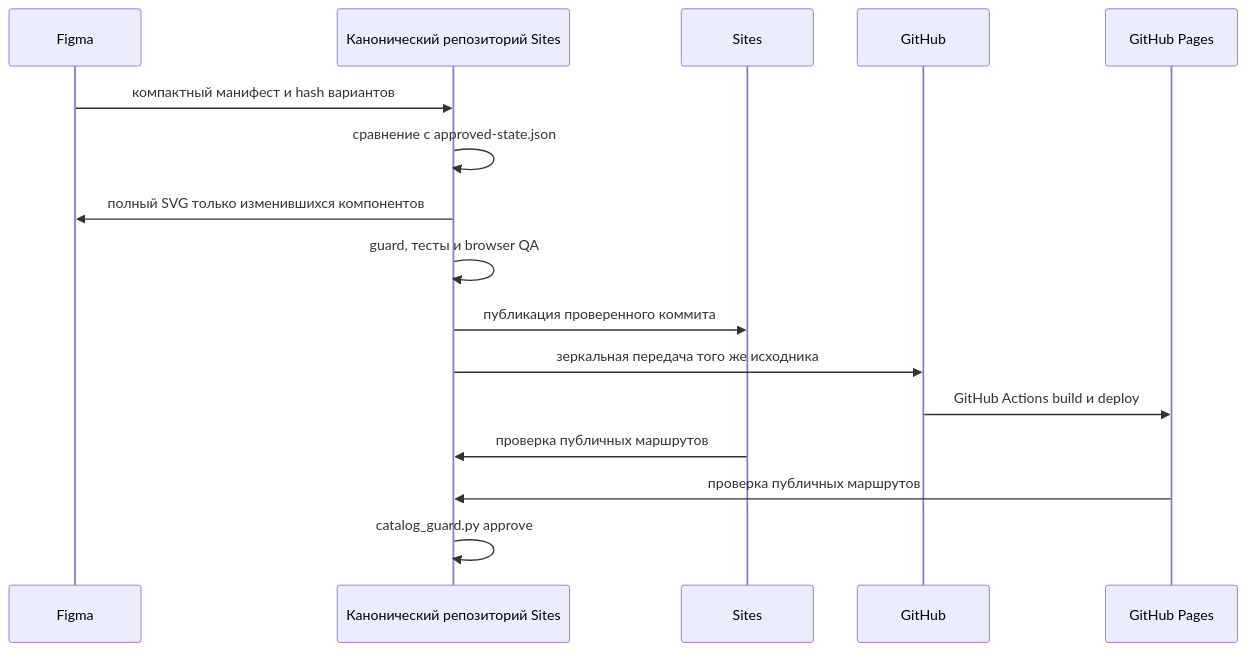
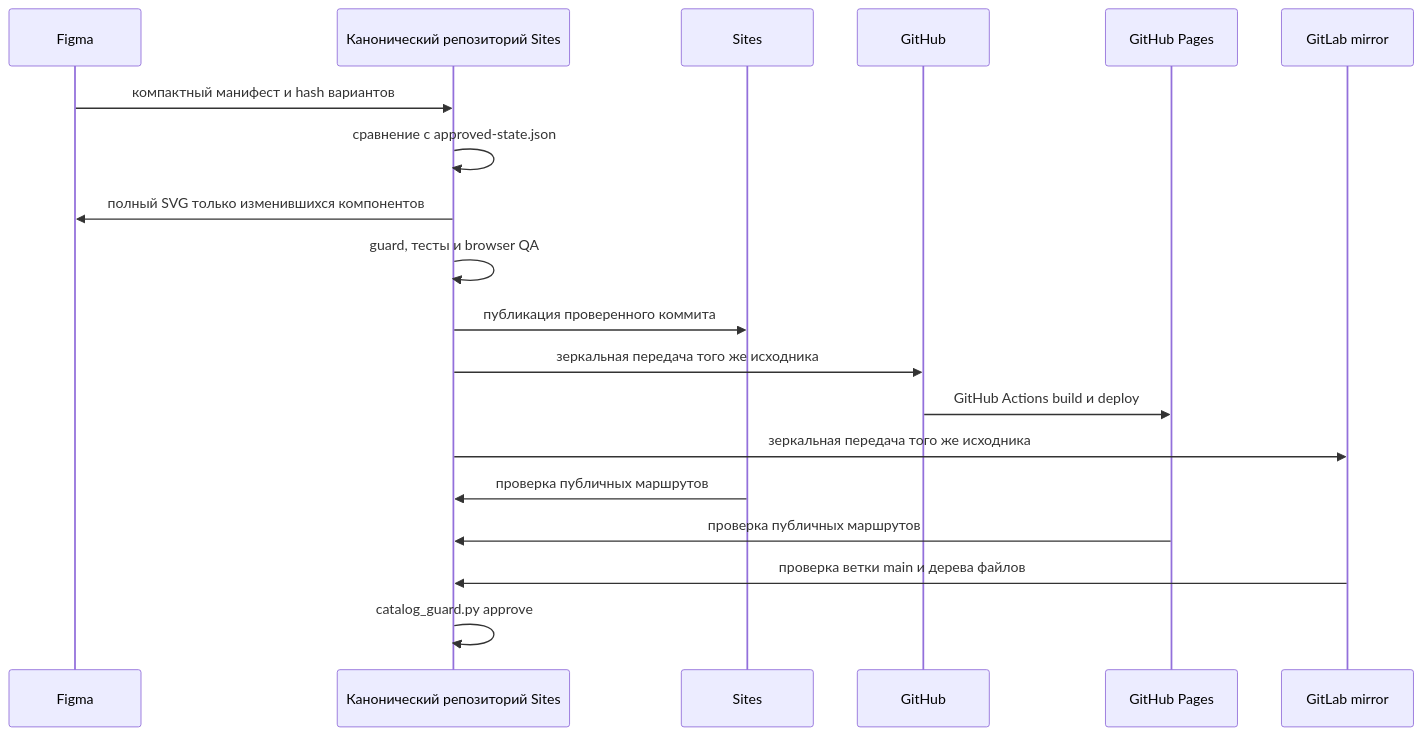
Before and after one commit to kunivaman-dev/directum-material-library: the second of 2 diagrams in ARCHITECTURE.md, drawn with Mermaid. The commit also changed other lines of this file and 3 other files, not shown here.

Commit message:
Add GitLab source mirror workflow

````diff
--- a/ARCHITECTURE.md
+++ b/ARCHITECTURE.md
@@ -112,19 +121,22 @@
 ```mermaid
 sequenceDiagram
   participant F as Figma
   participant R as Канонический репозиторий Sites
   participant S as Sites
   participant H as GitHub
   participant P as GitHub Pages
+  participant L as GitLab mirror
 
   F->>R: компактный манифест и hash вариантов
   R->>R: сравнение с approved-state.json
   R->>F: полный SVG только изменившихся компонентов
   R->>R: guard, тесты и browser QA
   R->>S: публикация проверенного коммита
   R->>H: зеркальная передача того же исходника
   H->>P: GitHub Actions build и deploy
+  R->>L: зеркальная передача того же исходника
   S->>R: проверка публичных маршрутов
   P->>R: проверка публичных маршрутов
+  L->>R: проверка ветки main и дерева файлов
   R->>R: catalog_guard.py approve
 ```
````
